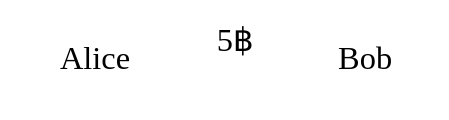
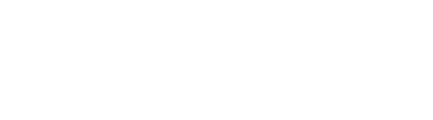
One commit to decrypto-org/TrustIsRisk changed the diagram in presentations/fc17-3-4-2017/figures/AliceBobTIR.dot. Above: the diagram before and after it, drawn with Graphviz. The commit also changed 9 other files, not shown here.

```diff
--- a/presentations/fc17-3-4-2017/figures/AliceBobTIR.dot
+++ b/presentations/fc17-3-4-2017/figures/AliceBobTIR.dot
@@ -1,7 +1,7 @@
 digraph G {
   graph [bgcolor=transparent]
   rankdir=LR
-  Alice [color=white]
-  Bob [color=white]
-  Alice -> Bob [label="5฿",labelfontcolor=white,color=white]
+  Alice -> Bob [label="5฿",color=white,fontname="ubuntu",fontcolor=white]
+  Alice [color=white,fontcolor=white,fontname="ubuntu"]
+  Bob [color=white,fontcolor=white,fontname="ubuntu"]
 }
```
